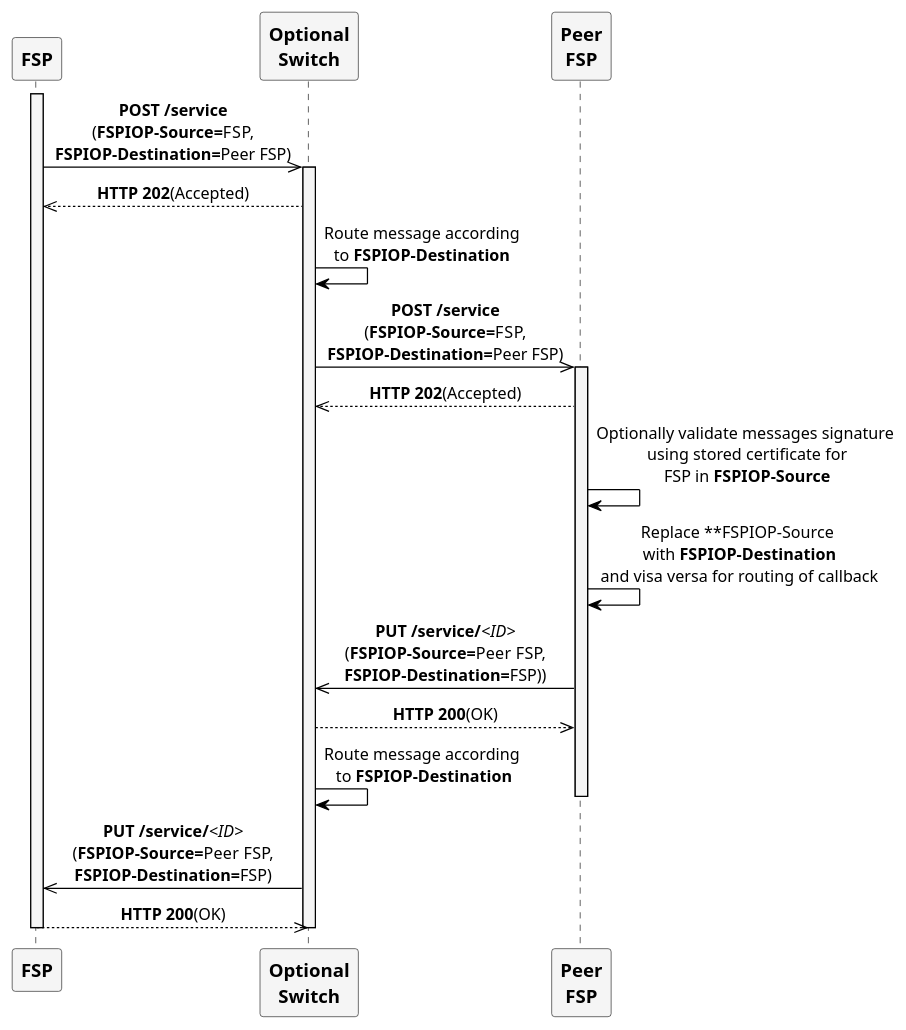
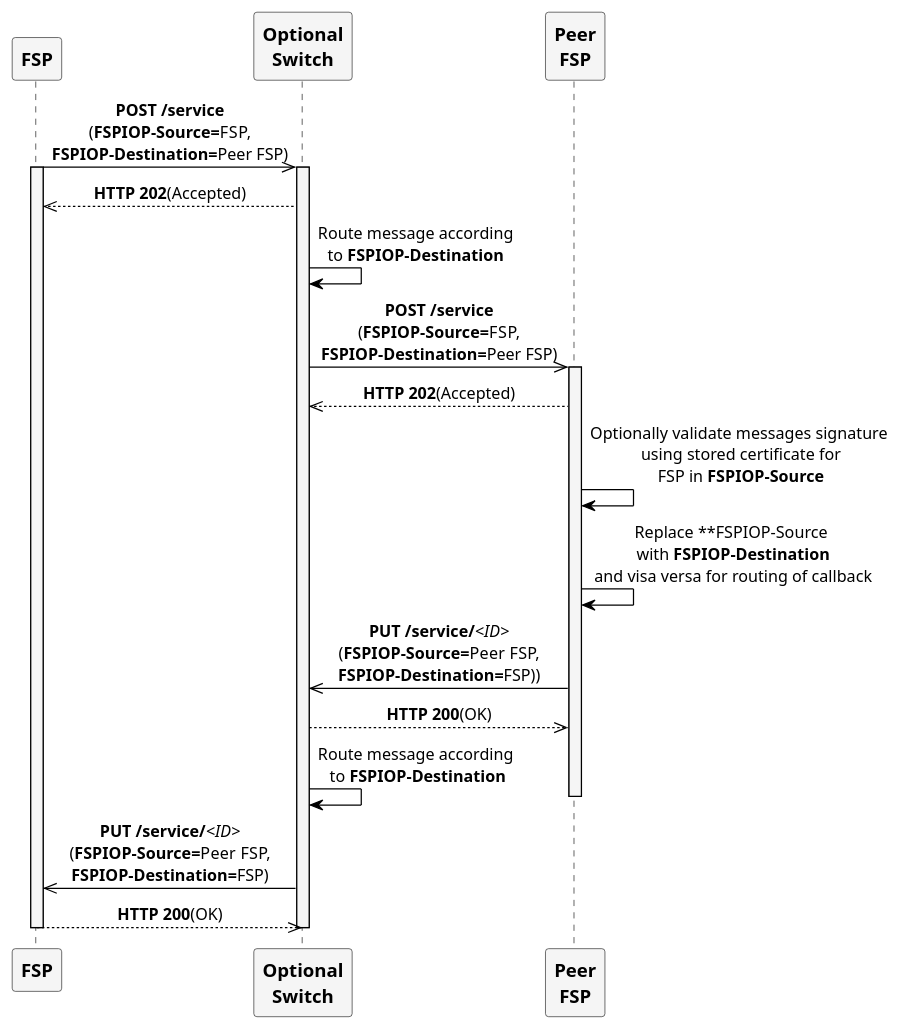
One commit to mojaloop/mojaloop-specification changed the diagram in assets/diagrams/sequence/figure4.plantuml. Above: the diagram before and after it, drawn with PlantUML. The commit also changed other lines of this file and 25 other files, not shown here.

Commit message:
Included uml (sequence) diagrams to end of Chapter 7.

```diff
--- a/assets/diagrams/sequence/figure4.plantuml
+++ b/assets/diagrams/sequence/figure4.plantuml
@@ -25,45 +25,45 @@
 @startuml
 ' declaring skinparam
 skinparam sequenceMessageAlign center
 skinparam shadowing false
 skinparam defaultFontName Arial
 skinparam monochrome true
 skinparam SequenceLifeLineBackgroundColor WhiteSmoke
 skinparam SequenceLifeLineBorderColor Black
 skinparam ParticipantFontStyle Bold
 skinparam ParticipantFontSize 15
 skinparam ParticipantBackgroundColor WhiteSmoke
 skinparam ArrowColor Black
 
 ' declare title
 ' title Using the customized HTTP header fields FSPIOP-Destination and FSPIOP-Source
 
 ' Actor Keys:
 ' participant - FSP, Peer FSP and Optional Switch
 
 ' declare actors
 participant "FSP" as FSP
 participant "Optional\nSwitch" as OPTSWITCH
 participant "Peer\nFSP" as PEERFSP
 
 ' start flow
 
+FSP ->> OPTSWITCH: **POST /service**\n(**FSPIOP-Source=**FSP,\n**FSPIOP-Destination=**Peer FSP)
 activate FSP
-FSP ->> OPTSWITCH: **POST /service**\n(**FSPIOP-Source=**FSP,\n**FSPIOP-Destination=**Peer FSP)
 activate OPTSWITCH
 FSP <<-- OPTSWITCH: **HTTP 202**(Accepted)
 OPTSWITCH -> OPTSWITCH: Route message according\nto **FSPIOP-Destination**
 OPTSWITCH ->> PEERFSP: **POST /service**\n(**FSPIOP-Source=**FSP,\n**FSPIOP-Destination=**Peer FSP)
 activate PEERFSP
 OPTSWITCH <<-- PEERFSP: **HTTP 202**(Accepted)
 PEERFSP -> PEERFSP: Optionally validate messages signature\n using stored certificate for\n FSP in **FSPIOP-Source**
 PEERFSP -> PEERFSP: Replace **FSPIOP-Source\n with **FSPIOP-Destination**\n and visa versa for routing of callback
 OPTSWITCH <<- PEERFSP: **PUT /service/**//<ID>//\n(**FSPIOP-Source=**Peer FSP,\n**FSPIOP-Destination=**FSP))
 OPTSWITCH -->> PEERFSP: **HTTP 200**(OK)
 OPTSWITCH -> OPTSWITCH: Route message according\n to **FSPIOP-Destination**
 deactivate PEERFSP
 FSP <<- OPTSWITCH: **PUT /service/**//<ID>//\n(**FSPIOP-Source=**Peer FSP,\n**FSPIOP-Destination=**FSP)
 FSP -->> OPTSWITCH: **HTTP 200**(OK)
 deactivate OPTSWITCH
 deactivate FSP
 @enduml
```
